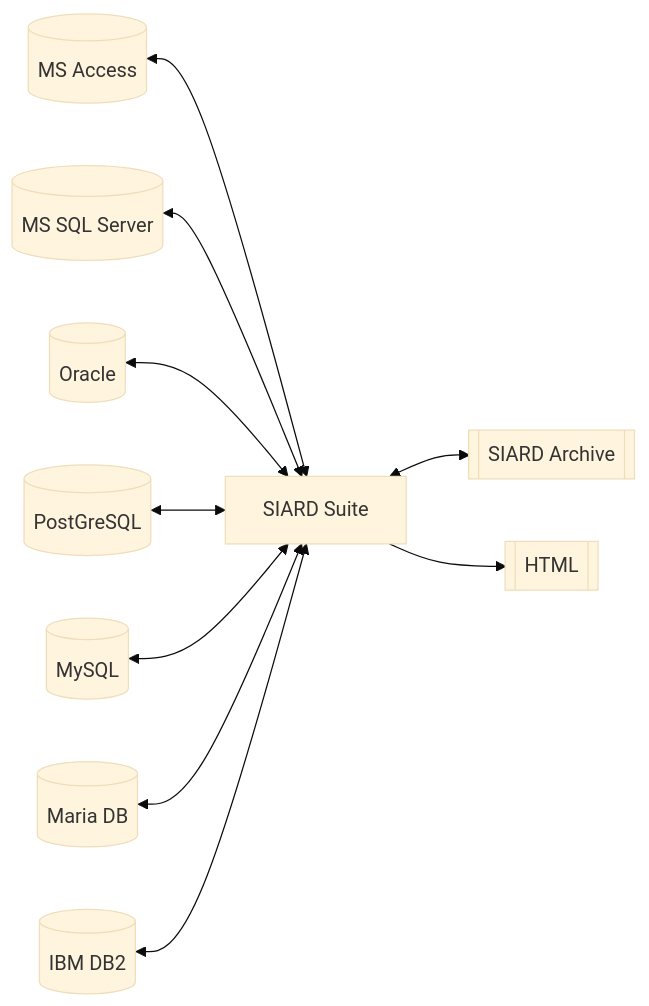
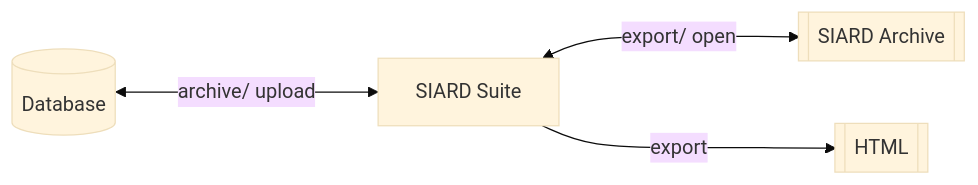
Before and after one commit to sfa-siard/siard-suite: the first of 2 diagrams in docs/sad/software-architecture-documentation.md, drawn with Mermaid (base theme). The commit also changed other lines of this file and 4 other files, not shown here.

Commit message:
doc: improve readme and software architecture documentation, update ua graph

````diff
--- a/docs/sad/software-architecture-documentation.md
+++ b/docs/sad/software-architecture-documentation.md
@@ -59,25 +88,13 @@
 ```mermaid
 graph LR
-    access[(MS Access)]
-    mssqlserver[(MS SQL Server)]
-    oracle[(Oracle)]
-    postgres[(PostGreSQL)]
-    mysql[(MySQL)]
-    mariadb[(Maria DB)]
-    db2[(IBM DB2)]
+    database[(Database)]
+    
     suite[SIARD Suite]
     archive[[SIARD Archive]]
     html[[HTML]]
 
 
-access <--> suite
-mssqlserver <--> suite
-oracle <--> suite
-postgres <--> suite
-mysql <--> suite
-mariadb <--> suite
-db2 <--> suite
-
-suite <--> archive
-suite --> html
+database <--archive/ upload---> suite
+suite <--export/ open---> archive
+suite --export---> html
 ```
````
